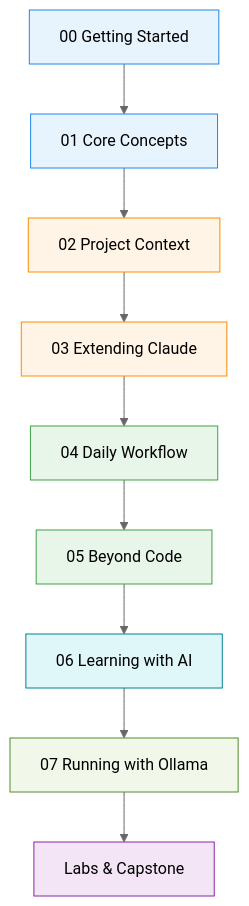
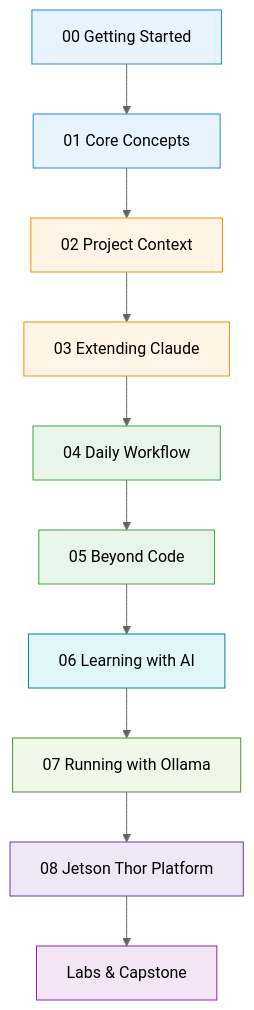
The diagram in docs/tutorials/index.md (CagriCatik/claude-ollama-coder), drawn with Mermaid (neutral theme) before and after one commit. The commit also changed other lines of this file and 11 other files, not shown here.

First line of the commit message:
feat(docs): add Module 08 - NVIDIA Jetson AGX Thor Agentic Platform

````diff
--- a/docs/tutorials/index.md
+++ b/docs/tutorials/index.md
@@ -11,21 +11,23 @@
 ```mermaid
 flowchart TD
     A["00 Getting Started"] --> B["01 Core Concepts"]
     B --> C["02 Project Context"]
     C --> D["03 Extending Claude"]
     D --> E["04 Daily Workflow"]
     E --> F["05 Beyond Code"]
     F --> H["06 Learning with AI"]
     H --> I["07 Running with Ollama"]
-    I --> G["Labs & Capstone"]
+    I --> J["08 Jetson Thor Platform"]
+    J --> G["Labs & Capstone"]
 
     style A fill:#e8f4fd,stroke:#1e88e5
     style B fill:#e8f4fd,stroke:#1e88e5
     style C fill:#fff4e5,stroke:#fb8c00
     style D fill:#fff4e5,stroke:#fb8c00
     style E fill:#e8f5e9,stroke:#43a047
     style F fill:#e8f5e9,stroke:#43a047
     style H fill:#e0f7fa,stroke:#00838f
     style I fill:#f1f8e9,stroke:#558b2f
+    style J fill:#ede7f6,stroke:#673ab7
     style G fill:#f3e5f5,stroke:#8e24aa
 ```
````
